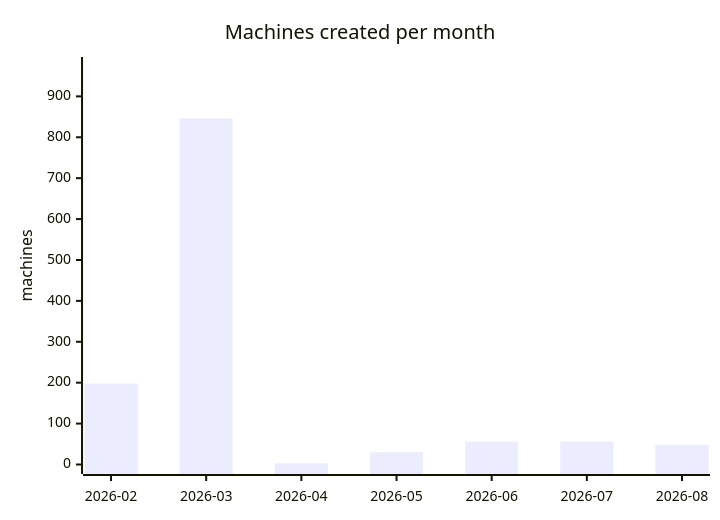
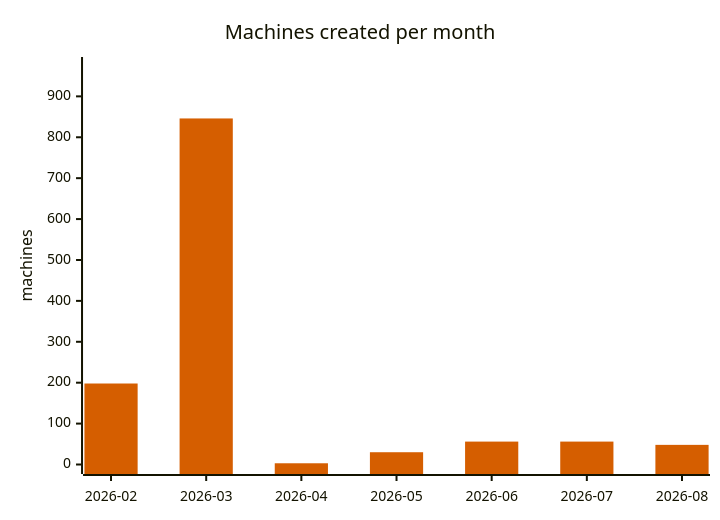
One commit to cheeaun/returnright-data changed the fifth of 7 diagrams in ANALYSIS.md. Above: the diagram before and after it, drawn with Mermaid. The commit also changed other lines of this file and 1 other file, not shown here.

Commit message:
Use Okabe-Ito colorblind-safe palette for mermaid charts

````diff
--- a/ANALYSIS.md
+++ b/ANALYSIS.md
@@ -196,7 +220,13 @@
 ```mermaid
+---
+config:
+  themeVariables:
+    xyChart:
+      plotColorPalette: "#D55E00"
+---
 xychart-beta
     title "Machines created per month"
     x-axis ["2026-02", "2026-03", "2026-04", "2026-05", "2026-06", "2026-07", "2026-08"]
     y-axis "machines" 0 --> 973
     bar [198, 846, 3, 30, 56, 56, 48]
 ```
````
